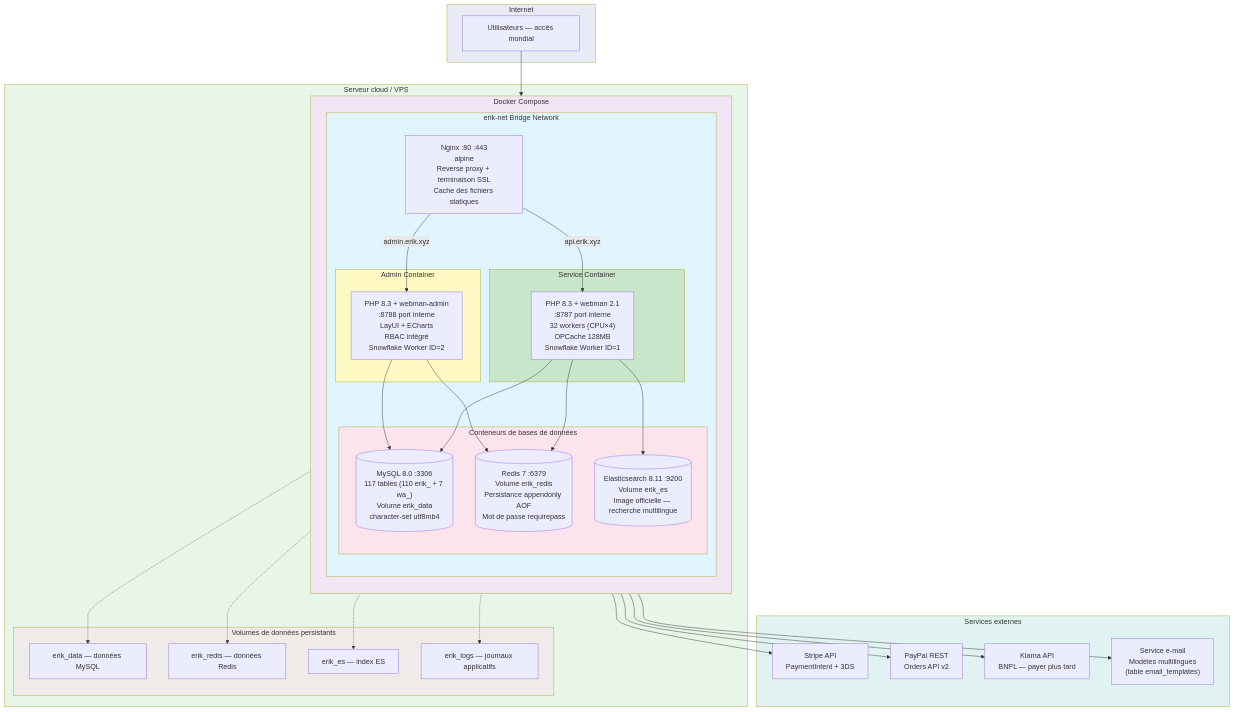
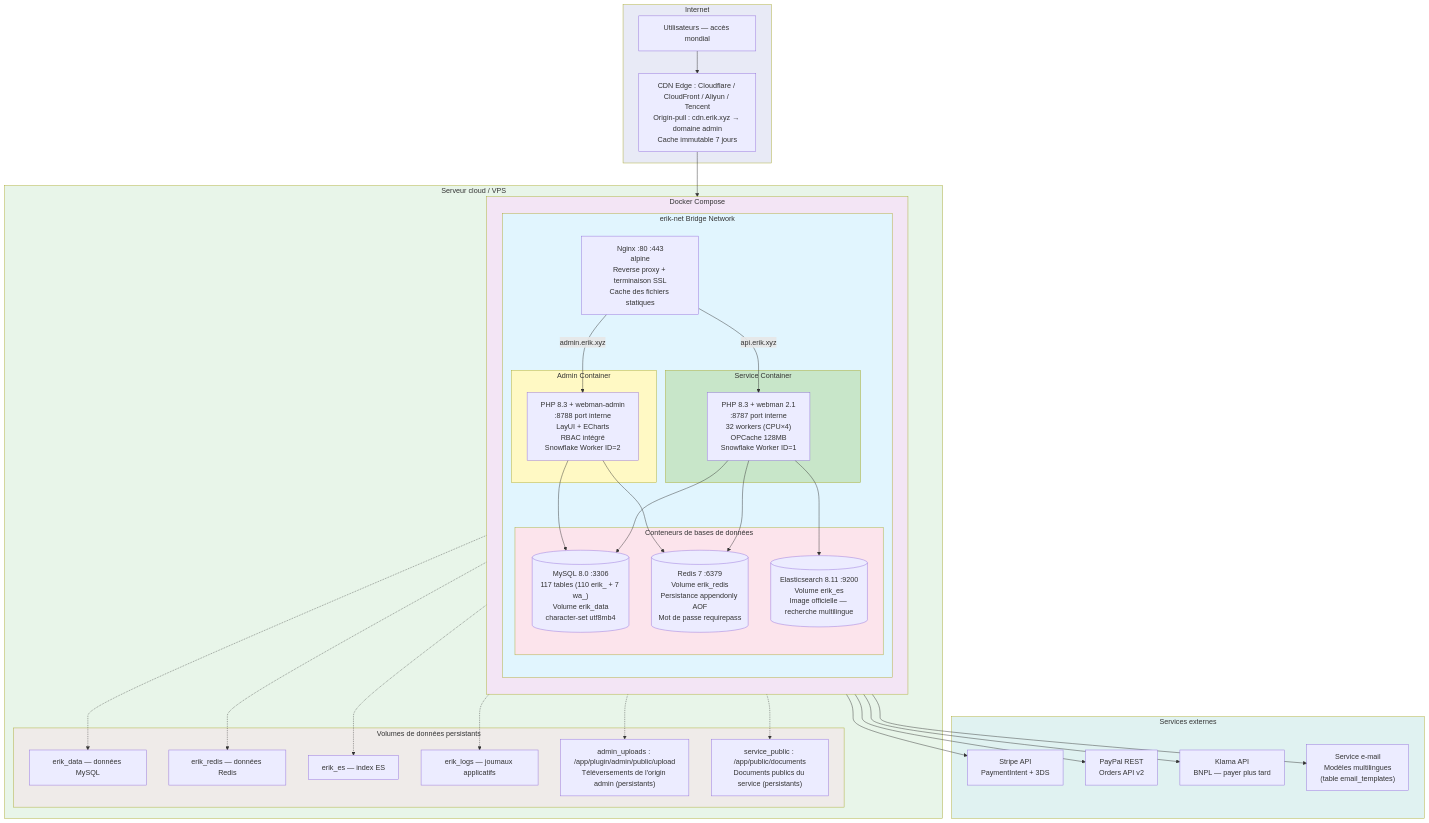
Before and after one commit to erikwang2013/erik-shop: the diagram in docs/i18n/fr/diagrams/06-deployment-architecture.mmd, drawn with Mermaid. The commit also changed 191 other files, not shown here.

First line of the commit message:
v1.2.0：CDN 内容分发接入（Origin-Pull 回源 + 四大云厂商适配 + 管理端配置/刷新/日志 + 上传持久化 + 全文档与12语言i18n同步 + Crypto 捐赠图文入库）

```diff
--- a/docs/i18n/fr/diagrams/06-deployment-architecture.mmd
+++ b/docs/i18n/fr/diagrams/06-deployment-architecture.mmd
@@ -1,71 +1,77 @@
 graph TB
     subgraph Internet["Internet"]
         User["Utilisateurs — accès mondial"]
+        CdnEdge["CDN Edge : Cloudflare / CloudFront / Aliyun / Tencent<br/>Origin-pull : cdn.erik.xyz → domaine admin<br/>Cache immutable 7 jours"]
     end
 
     subgraph VPS["Serveur cloud / VPS"]
         subgraph Docker["Docker Compose"]
             direction TB
 
             subgraph Net["erik-net Bridge Network"]
                 direction TB
 
                 NGX["Nginx :80 :443<br>alpine<br>Reverse proxy + terminaison SSL<br>Cache des fichiers statiques"]
 
                 subgraph PHP_Service["Service Container"]
                     SVC["PHP 8.3 + webman 2.1<br>:8787 port interne<br>32 workers (CPU×4)<br>OPCache 128MB<br>Snowflake Worker ID=1"]
                 end
 
                 subgraph PHP_Admin["Admin Container"]
                     ADM["PHP 8.3 + webman-admin<br>:8788 port interne<br>LayUI + ECharts<br>RBAC intégré<br>Snowflake Worker ID=2"]
                 end
 
                 subgraph DB["Conteneurs de bases de données"]
                     MYSQL[("MySQL 8.0 :3306<br>117 tables (110 erik_ + 7 wa_)<br>Volume erik_data<br>character-set utf8mb4")]
                     REDIS[("Redis 7 :6379<br>Volume erik_redis<br>Persistance appendonly AOF<br>Mot de passe requirepass")]
                     ES[("Elasticsearch 8.11 :9200<br>Volume erik_es<br>Image officielle — recherche multilingue")]
                 end
             end
         end
 
         subgraph Volumes["Volumes de données persistants"]
             V1["erik_data — données MySQL"]
             V2["erik_redis — données Redis"]
             V3["erik_es — index ES"]
             V4["erik_logs — journaux applicatifs"]
+            V5["admin_uploads : /app/plugin/admin/public/upload<br/>Téléversements de l'origin admin (persistants)"]
+            V6["service_public : /app/public/documents<br/>Documents publics du service (persistants)"]
         end
     end
 
     subgraph External["Services externes"]
         Stripe["Stripe API<br>PaymentIntent + 3DS"]
         PayPal["PayPal REST<br>Orders API v2"]
         Klarna["Klarna API<br>BNPL — payer plus tard"]
         SMTP["Service e-mail<br>Modèles multilingues<br>(table email_templates)"]
     end
 
-    User --> NGX
+    User --> CdnEdge
+    CdnEdge --> NGX
     NGX -->|api.erik.xyz| SVC
     NGX -->|admin.erik.xyz| ADM
     SVC --> MYSQL
     SVC --> REDIS
     SVC --> ES
     SVC --> Stripe
     SVC --> PayPal
     SVC --> Klarna
     SVC --> SMTP
     ADM --> MYSQL
     ADM --> REDIS
     MYSQL -.-> V1
     REDIS -.-> V2
     ES -.-> V3
     SVC -.-> V4
+    SVC -.-> V6
+    ADM -.-> V5
 
     style Internet fill:#e8eaf6
     style VPS fill:#e8f5e9
     style Docker fill:#f3e5f5
     style Net fill:#e1f5fe
     style PHP_Service fill:#c8e6c9
     style PHP_Admin fill:#fff9c4
     style DB fill:#fce4ec
     style Volumes fill:#efebe9
     style External fill:#e0f2f1
```
